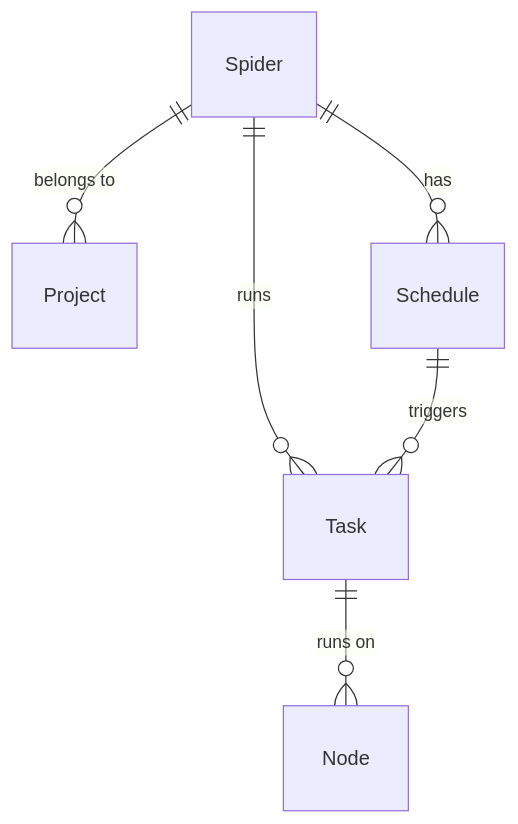
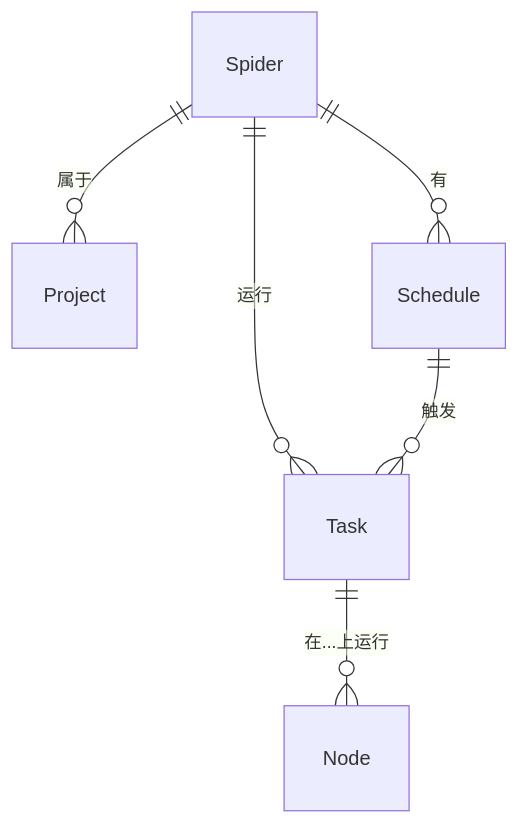
The diagram in packages/v0.7/i18n/zh/docusaurus-plugin-content-docs/current/concepts/spider/index.md (crawlab-team/crawlab-docs), drawn with Mermaid before and after one commit. The commit also changed other lines of this file and 17 other files, not shown here.

````diff
--- a/packages/v0.7/i18n/zh/docusaurus-plugin-content-docs/current/concepts/spider/index.md
+++ b/packages/v0.7/i18n/zh/docusaurus-plugin-content-docs/current/concepts/spider/index.md
@@ -122,8 +229,8 @@
 ```mermaid
 erDiagram
-    Spider ||--o{ Project: "belongs to"
-    Spider ||--o{ Task: "runs"
-    Spider ||--o{ Schedule: "has"
-    Task ||--o{ Node: "runs on"
-    Schedule ||--o{ Task: "triggers"
+    Spider ||--o{ Project: "属于"
+    Spider ||--o{ Task: "运行"
+    Spider ||--o{ Schedule: "有"
+    Task ||--o{ Node: "在...上运行"
+    Schedule ||--o{ Task: "触发"
 ```
````
